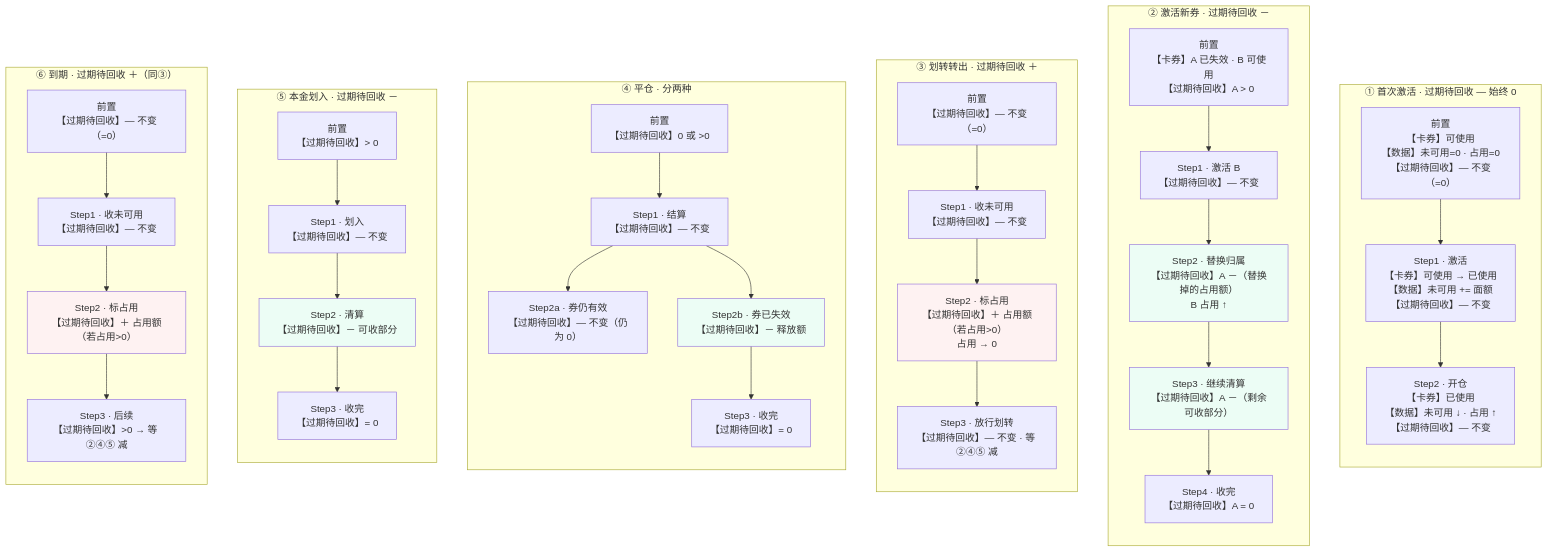
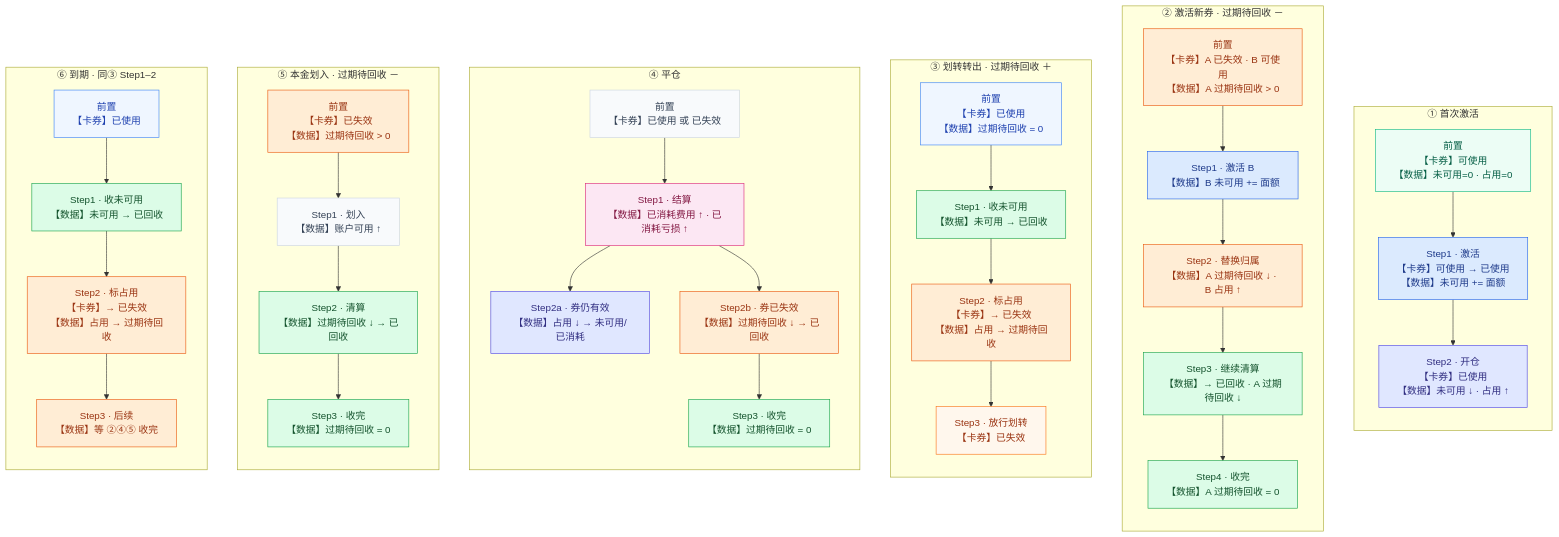
The diagram in perp_dex/流程图/体验金回收-行为分支.mmd (DashuaibiZZY/prototype), drawn with Mermaid before and after one commit. The commit also changed 4 other files, not shown here.

```diff
--- a/perp_dex/流程图/体验金回收-行为分支.mmd
+++ b/perp_dex/流程图/体验金回收-行为分支.mmd
@@ -1,65 +1,95 @@
 flowchart TB
-    subgraph G1["① 首次激活 · 过期待回收 — 始终 0"]
+    subgraph G1["① 首次激活"]
         direction TB
-        G1P["前置<br/>【卡券】可使用<br/>【数据】未可用=0 · 占用=0<br/>【过期待回收】— 不变（=0）"]
-        G1S1["Step1 · 激活<br/>【卡券】可使用 → 已使用<br/>【数据】未可用 += 面额<br/>【过期待回收】— 不变"]
-        G1S2["Step2 · 开仓<br/>【卡券】已使用<br/>【数据】未可用 ↓ · 占用 ↑<br/>【过期待回收】— 不变"]
+        G1P["前置<br/>【卡券】可使用<br/>【数据】未可用=0 · 占用=0"]
+        G1S1["Step1 · 激活<br/>【卡券】可使用 → 已使用<br/>【数据】未可用 += 面额"]
+        G1S2["Step2 · 开仓<br/>【卡券】已使用<br/>【数据】未可用 ↓ · 占用 ↑"]
         G1P --> G1S1 --> G1S2
     end
 
     subgraph G2["② 激活新券 · 过期待回收 －"]
         direction TB
-        G2P["前置<br/>【卡券】A 已失效 · B 可使用<br/>【过期待回收】A > 0"]
-        G2S1["Step1 · 激活 B<br/>【过期待回收】— 不变"]
-        G2S2["Step2 · 替换归属<br/>【过期待回收】A －（替换掉的占用额）<br/>B 占用 ↑"]
-        G2S3["Step3 · 继续清算<br/>【过期待回收】A －（剩余可收部分）"]
-        G2S4["Step4 · 收完<br/>【过期待回收】A = 0"]
+        G2P["前置<br/>【卡券】A 已失效 · B 可使用<br/>【数据】A 过期待回收 > 0"]
+        G2S1["Step1 · 激活 B<br/>【数据】B 未可用 += 面额"]
+        G2S2["Step2 · 替换归属<br/>【数据】A 过期待回收 ↓ · B 占用 ↑"]
+        G2S3["Step3 · 继续清算<br/>【数据】→ 已回收 · A 过期待回收 ↓"]
+        G2S4["Step4 · 收完<br/>【数据】A 过期待回收 = 0"]
         G2P --> G2S1 --> G2S2 --> G2S3 --> G2S4
     end
 
     subgraph G3["③ 划转转出 · 过期待回收 ＋"]
         direction TB
-        G3P["前置<br/>【过期待回收】— 不变（=0）"]
-        G3S1["Step1 · 收未可用<br/>【过期待回收】— 不变"]
-        G3S2["Step2 · 标占用<br/>【过期待回收】＋ 占用额（若占用>0）<br/>占用 → 0"]
-        G3S3["Step3 · 放行划转<br/>【过期待回收】— 不变 · 等 ②④⑤ 减"]
+        G3P["前置<br/>【卡券】已使用<br/>【数据】过期待回收 = 0"]
+        G3S1["Step1 · 收未可用<br/>【数据】未可用 → 已回收"]
+        G3S2["Step2 · 标占用<br/>【卡券】→ 已失效<br/>【数据】占用 → 过期待回收"]
+        G3S3["Step3 · 放行划转<br/>【卡券】已失效"]
         G3P --> G3S1 --> G3S2 --> G3S3
     end
 
-    subgraph G4["④ 平仓 · 分两种"]
+    subgraph G4["④ 平仓"]
         direction TB
-        G4P["前置<br/>【过期待回收】0 或 >0"]
-        G4S1["Step1 · 结算<br/>【过期待回收】— 不变"]
-        G4S2["Step2a · 券仍有效<br/>【过期待回收】— 不变（仍为 0）"]
-        G4S3["Step2b · 券已失效<br/>【过期待回收】－ 释放额"]
-        G4S4["Step3 · 收完<br/>【过期待回收】= 0"]
+        G4P["前置<br/>【卡券】已使用 或 已失效"]
+        G4S1["Step1 · 结算<br/>【数据】已消耗费用 ↑ · 已消耗亏损 ↑"]
+        G4S2["Step2a · 券仍有效<br/>【数据】占用 ↓ → 未可用/已消耗"]
+        G4S3["Step2b · 券已失效<br/>【数据】过期待回收 ↓ → 已回收"]
+        G4S4["Step3 · 收完<br/>【数据】过期待回收 = 0"]
         G4P --> G4S1
         G4S1 --> G4S2
         G4S1 --> G4S3
         G4S3 --> G4S4
     end
 
     subgraph G5["⑤ 本金划入 · 过期待回收 －"]
         direction TB
-        G5P["前置<br/>【过期待回收】> 0"]
-        G5S1["Step1 · 划入<br/>【过期待回收】— 不变"]
-        G5S2["Step2 · 清算<br/>【过期待回收】－ 可收部分"]
-        G5S3["Step3 · 收完<br/>【过期待回收】= 0"]
+        G5P["前置<br/>【卡券】已失效<br/>【数据】过期待回收 > 0"]
+        G5S1["Step1 · 划入<br/>【数据】账户可用 ↑"]
+        G5S2["Step2 · 清算<br/>【数据】过期待回收 ↓ → 已回收"]
+        G5S3["Step3 · 收完<br/>【数据】过期待回收 = 0"]
         G5P --> G5S1 --> G5S2 --> G5S3
     end
 
-    subgraph G6["⑥ 到期 · 过期待回收 ＋（同③）"]
+    subgraph G6["⑥ 到期 · 同③ Step1–2"]
         direction TB
-        G6P["前置<br/>【过期待回收】— 不变（=0）"]
-        G6S1["Step1 · 收未可用<br/>【过期待回收】— 不变"]
-        G6S2["Step2 · 标占用<br/>【过期待回收】＋ 占用额（若占用>0）"]
-        G6S3["Step3 · 后续<br/>【过期待回收】>0 → 等 ②④⑤ 减"]
+        G6P["前置<br/>【卡券】已使用"]
+        G6S1["Step1 · 收未可用<br/>【数据】未可用 → 已回收"]
+        G6S2["Step2 · 标占用<br/>【卡券】→ 已失效<br/>【数据】占用 → 过期待回收"]
+        G6S3["Step3 · 后续<br/>【数据】等 ②④⑤ 收完"]
         G6P --> G6S1 --> G6S2 --> G6S3
     end
 
-    style G2S2 fill:#ecfdf5
-    style G2S3 fill:#ecfdf5
-    style G3S2 fill:#fef2f2
-    style G4S3 fill:#ecfdf5
-    style G5S2 fill:#ecfdf5
-    style G6S2 fill:#fef2f2
+    classDef cAvail fill:#ecfdf5,stroke:#10b981,color:#065f46
+    classDef cUsed fill:#eff6ff,stroke:#3b82f6,color:#1e40af
+    classDef cInvalid fill:#fff7ed,stroke:#f97316,color:#9a3412
+    classDef dAvail fill:#dbeafe,stroke:#2563eb,color:#1e3a8a
+    classDef dOcc fill:#e0e7ff,stroke:#4f46e5,color:#312e81
+    classDef dPending fill:#ffedd5,stroke:#ea580c,color:#9a3412
+    classDef dReclaimed fill:#dcfce7,stroke:#16a34a,color:#14532d
+    classDef dFee fill:#fce7f3,stroke:#db2777,color:#831843
+    classDef dLoss fill:#fee2e2,stroke:#dc2626,color:#7f1d1d
+    classDef neutral fill:#f8fafc,stroke:#cbd5e1,color:#334155
+
+    class G1P cAvail
+    class G1S1 dAvail
+    class G1S2 dOcc
+    class G2P dPending
+    class G2S1 dAvail
+    class G2S2 dPending
+    class G2S3 dReclaimed
+    class G2S4 dReclaimed
+    class G3P cUsed
+    class G3S1 dReclaimed
+    class G3S2 dPending
+    class G3S3 cInvalid
+    class G4P neutral
+    class G4S1 dFee
+    class G4S2 dOcc
+    class G4S3 dPending
+    class G4S4 dReclaimed
+    class G5P dPending
+    class G5S1 neutral
+    class G5S2 dReclaimed
+    class G5S3 dReclaimed
+    class G6P cUsed
+    class G6S1 dReclaimed
+    class G6S2 dPending
+    class G6S3 dPending
```
